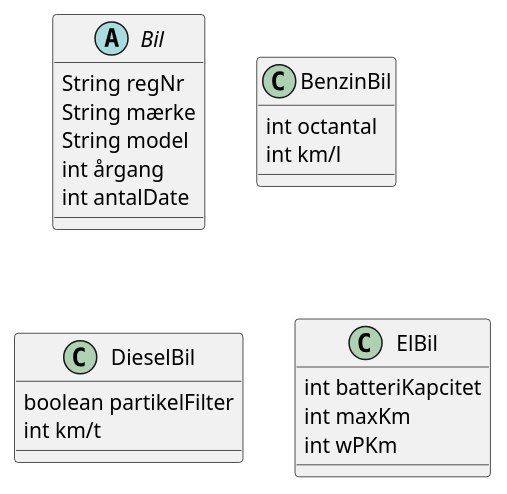
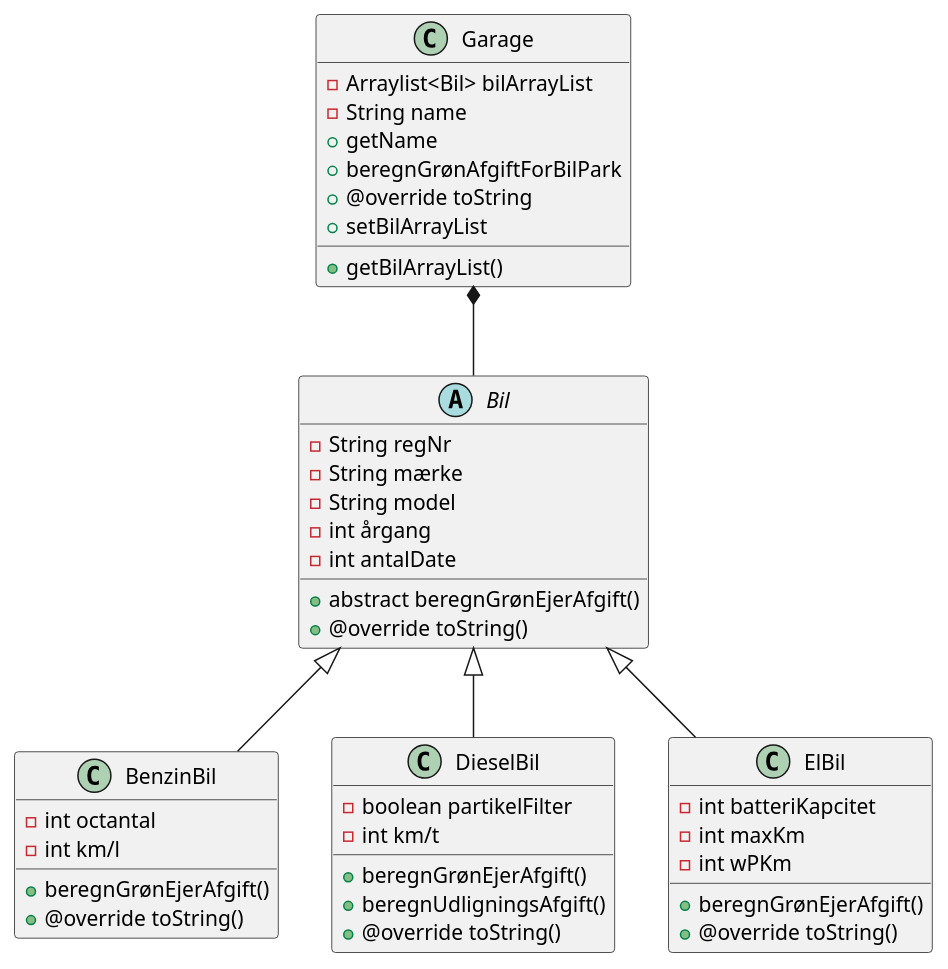
Before and after one commit to coerth/Opgaver: the diagram in SP2/out/production/SP2/com/company/Class Diagram.puml, drawn with PlantUML. The commit also changed 7 other files, not shown here.

```diff
--- a/SP2/out/production/SP2/com/company/Class Diagram.puml
+++ b/SP2/out/production/SP2/com/company/Class Diagram.puml
@@ -1,25 +1,47 @@
 @startuml
 'https://plantuml.com/class-diagram
 
 abstract class Bil
 class BenzinBil
 class DieselBil
 class ElBil
+class Garage
 
-Bil : String regNr
-Bil : String mærke
-Bil : String model
-Bil : int årgang
-Bil : int antalDate
+Garage : - Arraylist<Bil> bilArrayList
+Garage : - String name
+Garage : + getBilArrayList()
+Garage : + getName
+Garage : + beregnGrønAfgiftForBilPark
+Garage : + @override toString
+Garage : + setBilArrayList
 
-BenzinBil : int octantal
-BenzinBil : int km/l
+Bil : - String regNr
+Bil : - String mærke
+Bil : - String model
+Bil : - int årgang
+Bil : - int antalDate
+Bil : + abstract beregnGrønEjerAfgift()
+Bil : + @override toString()
 
-DieselBil : boolean partikelFilter
-DieselBil : int km/t
+BenzinBil : - int octantal
+BenzinBil : - int km/l
+BenzinBil : + beregnGrønEjerAfgift()
+BenzinBil : + @override toString()
 
-ElBil : int batteriKapcitet
-ElBil : int maxKm
-ElBil : int wPKm
+DieselBil : - boolean partikelFilter
+DieselBil : - int km/t
+DieselBil : + beregnGrønEjerAfgift()
+DieselBil : + beregnUdligningsAfgift()
+DieselBil : + @override toString()
 
+ElBil : - int batteriKapcitet
+ElBil : - int maxKm
+ElBil : - int wPKm
+ElBil : + beregnGrønEjerAfgift()
+ElBil : + @override toString()
+
+Bil <|-- BenzinBil
+Bil <|-- DieselBil
+Bil <|-- ElBil
+Garage *-- Bil
 @enduml
```
